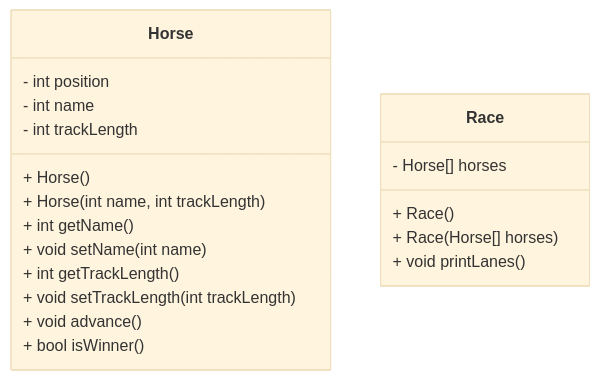
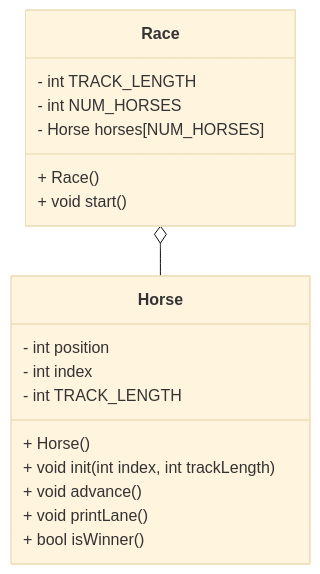
One commit to abbykeck/OOPHorseRace changed the diagram in README.md. Above: the diagram before and after it, drawn with Mermaid (base theme). The commit also changed other lines of this file, not shown here.

````diff
--- a/README.md
+++ b/README.md
@@ -3,22 +3,22 @@
 ```mermaid
 classDiagram
     class Horse {
         - int position
-        - int name
-        - int trackLength
+        - int index
+        - int TRACK_LENGTH
         + Horse()
-        + Horse(int name, int trackLength)
-        + int getName()
-        + void setName(int name)
-        + int getTrackLength()
-        + void setTrackLength(int trackLength)
+        + void init(int index, int trackLength)
         + void advance()
+        + void printLane()
         + bool isWinner()
     }
     class Race {
-        - Horse[] horses
+        - int TRACK_LENGTH
+        - int NUM_HORSES
+        - Horse horses[NUM_HORSES]
         + Race()
-        + Race(Horse[] horses)
-        + void printLanes()
+        + void start()
     }
+
+    Race o-- Horse
 ```
````
